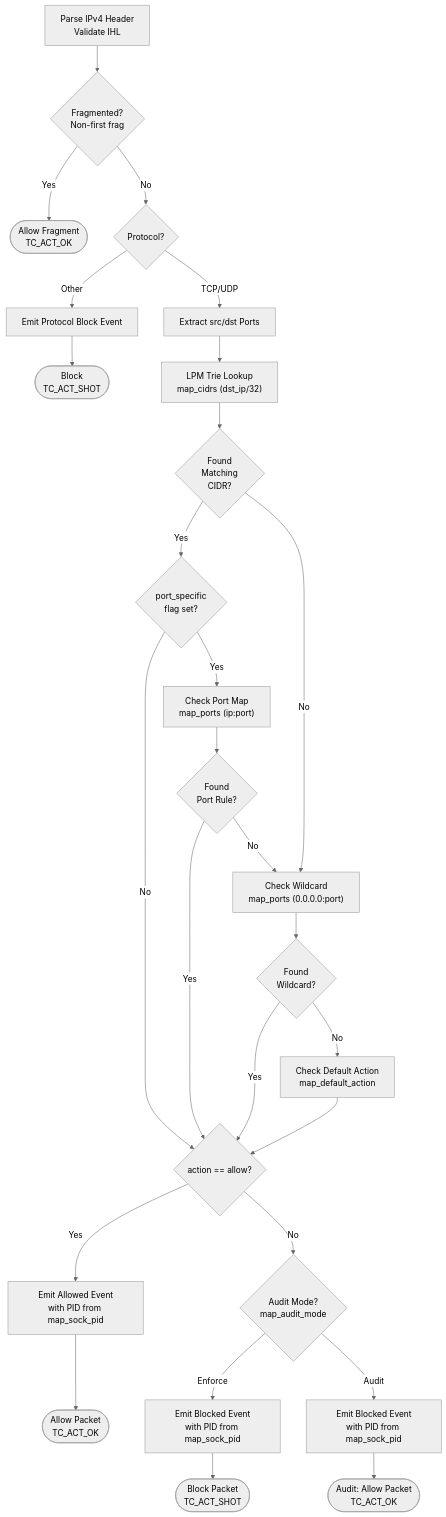
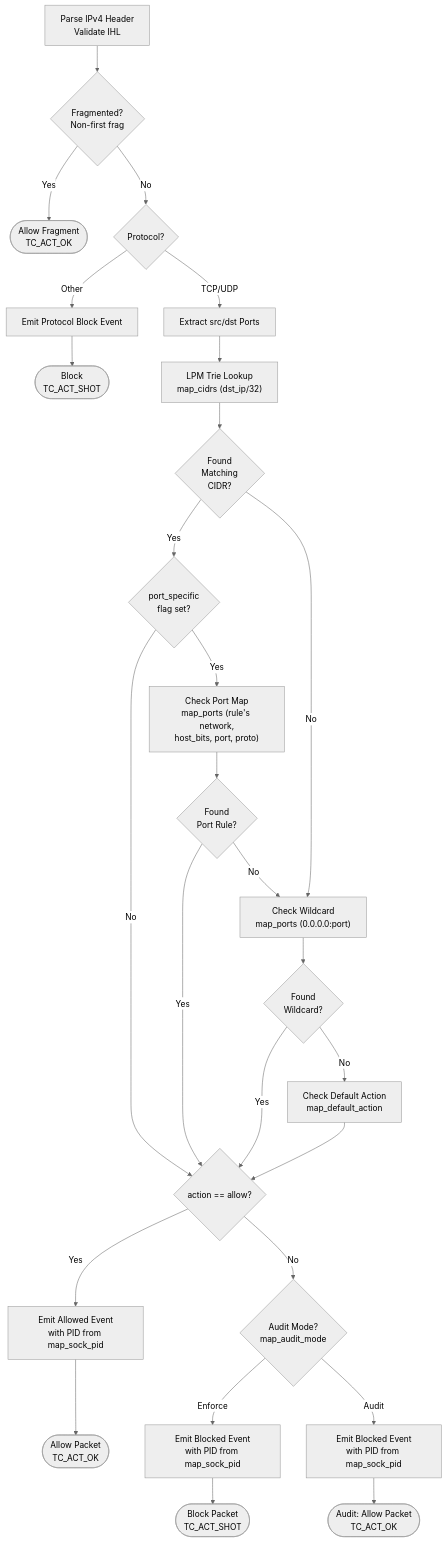
One commit to code-cargo/cargowall changed the third of 6 diagrams in design.md. Above: the diagram before and after it, drawn with Mermaid (neutral theme). The commit also changed other lines of this file and 28 other files, not shown here.

````diff
--- a/design.md
+++ b/design.md
@@ -116,59 +116,59 @@
 ```mermaid
 flowchart TD
     ParseIP[Parse IPv4 Header<br/>Validate IHL]
     IsFrag{Fragmented?<br/>Non-first frag}
     AllowFrag([Allow Fragment<br/>TC_ACT_OK])
     IsTCPUDP{Protocol?}
     BlockProto[Emit Protocol Block Event]
     BlockShot([Block<br/>TC_ACT_SHOT])
     ParsePorts[Extract src/dst Ports]
 
     LPMLookup["LPM Trie Lookup<br/>map_cidrs (dst_ip/32)"]
     HasRule{Found<br/>Matching<br/>CIDR?}
 
     IsPortSpecific{port_specific<br/>flag set?}
-    CheckPort["Check Port Map<br/>map_ports (ip:port)"]
+    CheckPort["Check Port Map<br/>map_ports (rule's network,<br/>host_bits, port, proto)"]
     HasPortRule{Found<br/>Port Rule?}
 
     CheckWildcard["Check Wildcard<br/>map_ports (0.0.0.0:port)"]
     HasWildcard{Found<br/>Wildcard?}
 
     CheckDefault["Check Default Action<br/>map_default_action"]
     IsAllowed{action == allow?}
 
     AuditCheck{Audit Mode?<br/>map_audit_mode}
     EmitAllow[Emit Allowed Event<br/>with PID from map_sock_pid]
     EmitBlock[Emit Blocked Event<br/>with PID from map_sock_pid]
     EmitAudit[Emit Blocked Event<br/>with PID from map_sock_pid]
     Allow([Allow Packet<br/>TC_ACT_OK])
     Block([Block Packet<br/>TC_ACT_SHOT])
     AuditAllow([Audit: Allow Packet<br/>TC_ACT_OK])
 
     ParseIP --> IsFrag
     IsFrag -->|Yes| AllowFrag
     IsFrag -->|No| IsTCPUDP
     IsTCPUDP -->|Other| BlockProto
     BlockProto --> BlockShot
     IsTCPUDP -->|TCP/UDP| ParsePorts
 
     ParsePorts --> LPMLookup
     LPMLookup --> HasRule
     HasRule -->|Yes| IsPortSpecific
     HasRule -->|No| CheckWildcard
 
     IsPortSpecific -->|No| IsAllowed
     IsPortSpecific -->|Yes| CheckPort
     CheckPort --> HasPortRule
     HasPortRule -->|Yes| IsAllowed
     HasPortRule -->|No| CheckWildcard
 
     CheckWildcard --> HasWildcard
     HasWildcard -->|Yes| IsAllowed
     HasWildcard -->|No| CheckDefault
 
     CheckDefault --> IsAllowed
     IsAllowed -->|Yes| EmitAllow --> Allow
     IsAllowed -->|No| AuditCheck
     AuditCheck -->|Enforce| EmitBlock --> Block
     AuditCheck -->|Audit| EmitAudit --> AuditAllow
 ```
````
